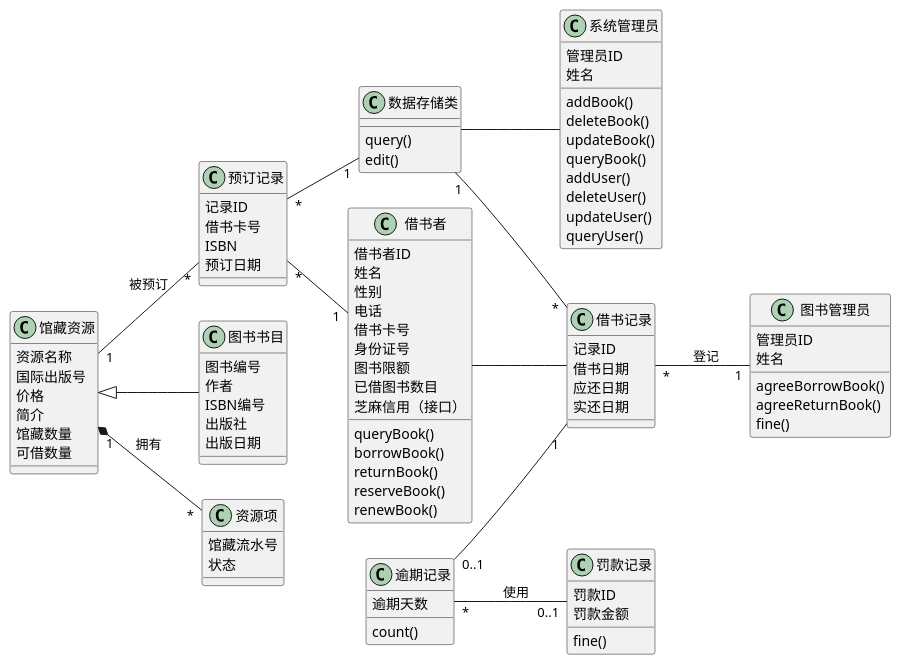
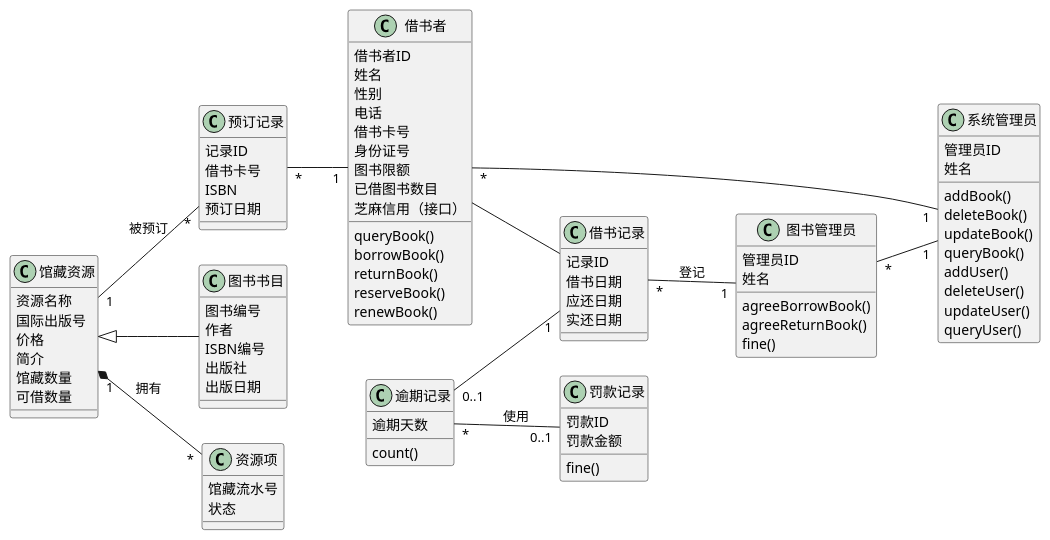
One commit to 201610414130/is_analysis-8 changed the diagram in test3/classDraw.puml. Above: the diagram before and after it, drawn with PlantUML. The commit also changed 11 other files, not shown here.

```diff
--- a/test3/classDraw.puml
+++ b/test3/classDraw.puml
@@ -1,93 +1,88 @@
 @startuml
 left to right direction
 Class 借书者{
  借书者ID
  姓名
  性别
  电话
  借书卡号
  身份证号
  图书限额
  已借图书数目
  芝麻信用（接口）
  queryBook()
  borrowBook()
  returnBook()
  reserveBook()
  renewBook()
 }
 Class 图书管理员{
  管理员ID
  姓名
  agreeBorrowBook()
  agreeReturnBook()
  fine()
 }
 Class 系统管理员{
  管理员ID
  姓名
  addBook()
  deleteBook()
  updateBook()
  queryBook()
  addUser()
  deleteUser()
  updateUser()
  queryUser()
 }
 Class 借书记录{
  记录ID
  借书日期
  应还日期
  实还日期
 }
 Class 逾期记录{
  逾期天数
  count()
 }
 Class 罚款记录{
  罚款ID
  罚款金额
  fine()
 }
 Class 预订记录{
  记录ID
  借书卡号
  ISBN
  预订日期
 }
 Class 图书书目{
  图书编号
  作者
  ISBN编号
  出版社
  出版日期
 }
 Class 馆藏资源{
 资源名称
 国际出版号
 价格
 简介
 馆藏数量
 可借数量
 }
 Class 资源项{
 馆藏流水号
 状态
 }
-Class 数据存储类{
-query()
-edit()
-}
 借书者 -- 借书记录
 图书管理员 "1" -up- "*"借书记录 :登记
 借书记录"1" -up- "0..1"逾期记录
 逾期记录"*" -- "0..1"罚款记录:使用
-借书记录 "*" -up- "1"数据存储类
+借书者 "*" -up- "1"系统管理员
 预订记录"*" -- "1"借书者
-预订记录 "*" -- "1" 数据存储类
+图书管理员 "*" -- "1" 系统管理员
 馆藏资源"1" -- "*"预订记录 :被预订
 图书书目 -up-|> 馆藏资源
 馆藏资源"1" *-- "*"资源项:拥有
-数据存储类 -- 系统管理员
 @enduml
```
